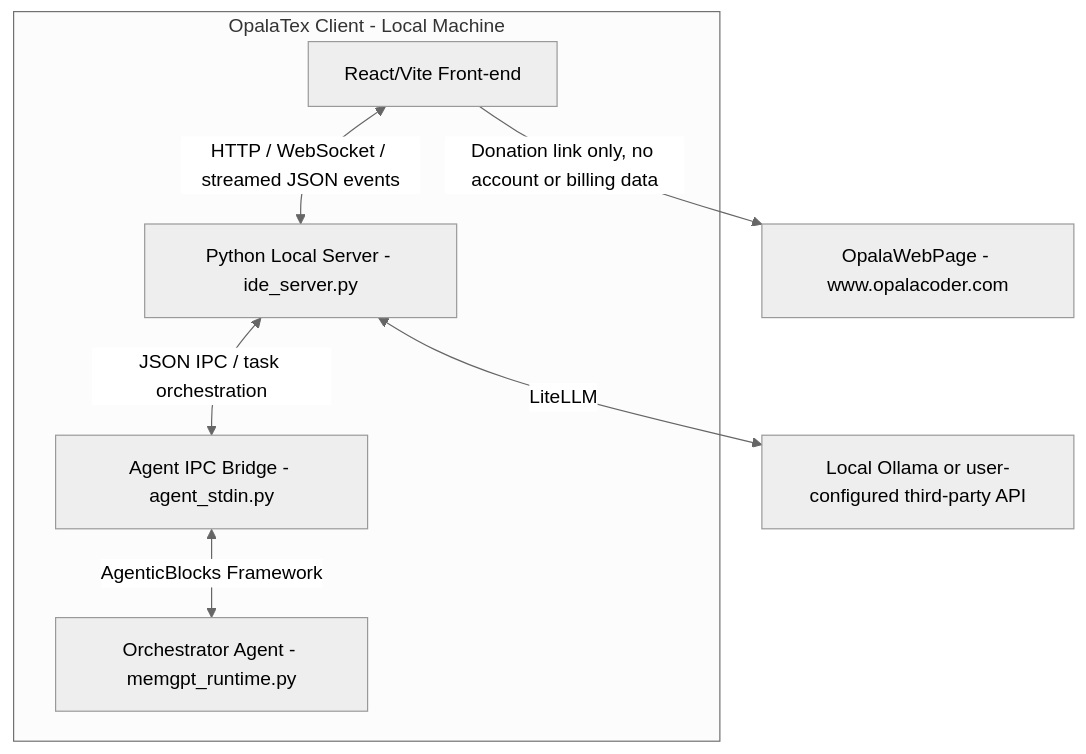
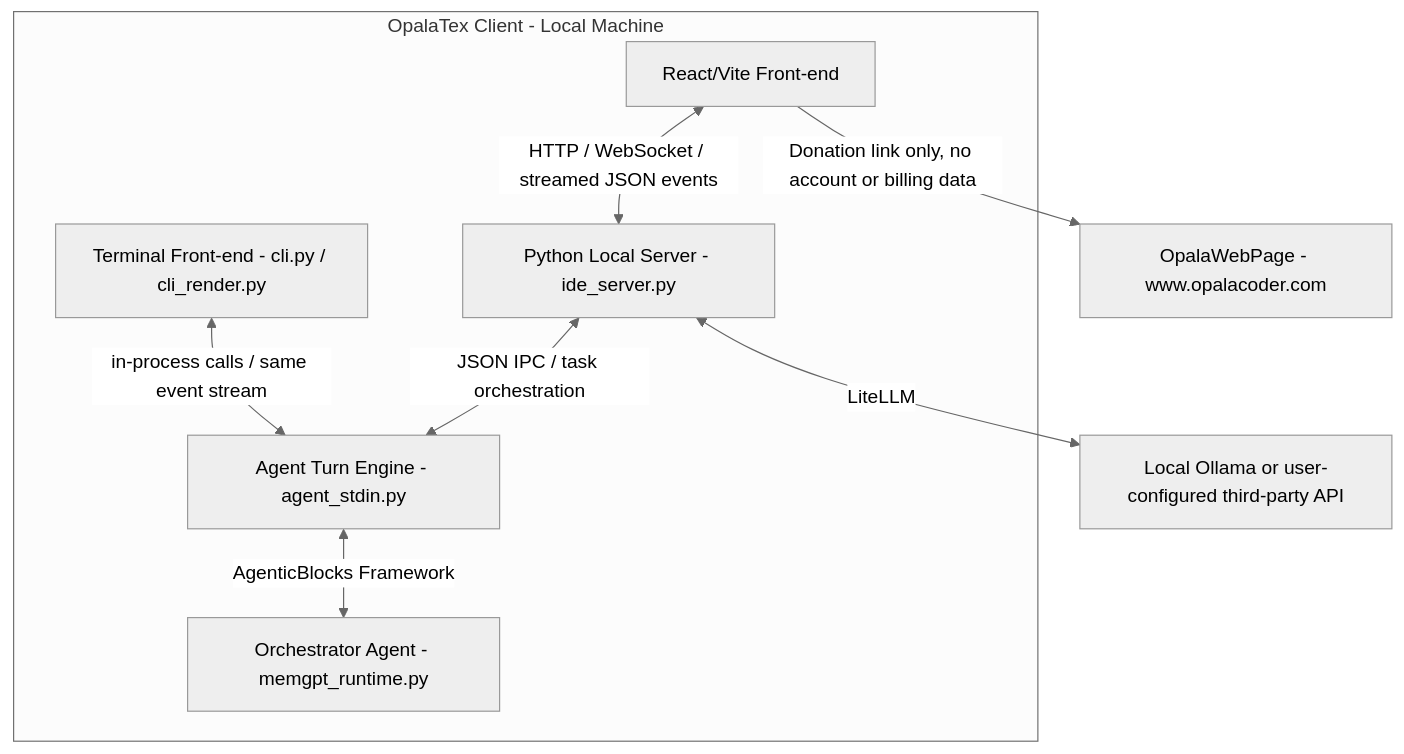
One commit to opalacoderdev/OpalaTex changed the diagram in PROJECT_DESIGN.md. Above: the diagram before and after it, drawn with Mermaid (neutral theme). The commit also changed other lines of this file and 48 other files, not shown here.

````diff
--- a/PROJECT_DESIGN.md
+++ b/PROJECT_DESIGN.md
@@ -11,11 +11,12 @@
 ```mermaid
 graph TD
     subgraph Client [OpalaTex Client - Local Machine]
         FE[React/Vite Front-end] <-->|HTTP / WebSocket / streamed JSON events| BE[Python Local Server - ide_server.py]
-        BE <-->|JSON IPC / task orchestration| Bridge[Agent IPC Bridge - agent_stdin.py]
+        CLI[Terminal Front-end - cli.py / cli_render.py] <-->|in-process calls / same event stream| Bridge
+        BE <-->|JSON IPC / task orchestration| Bridge[Agent Turn Engine - agent_stdin.py]
         Bridge <-->|AgenticBlocks Framework| Agent[Orchestrator Agent - memgpt_runtime.py]
     end
 
     BE <-->|LiteLLM| Provider[Local Ollama or user-configured third-party API]
     FE -->|Donation link only, no account or billing data| Web[OpalaWebPage - www.opalacoder.com]
 ```
````
